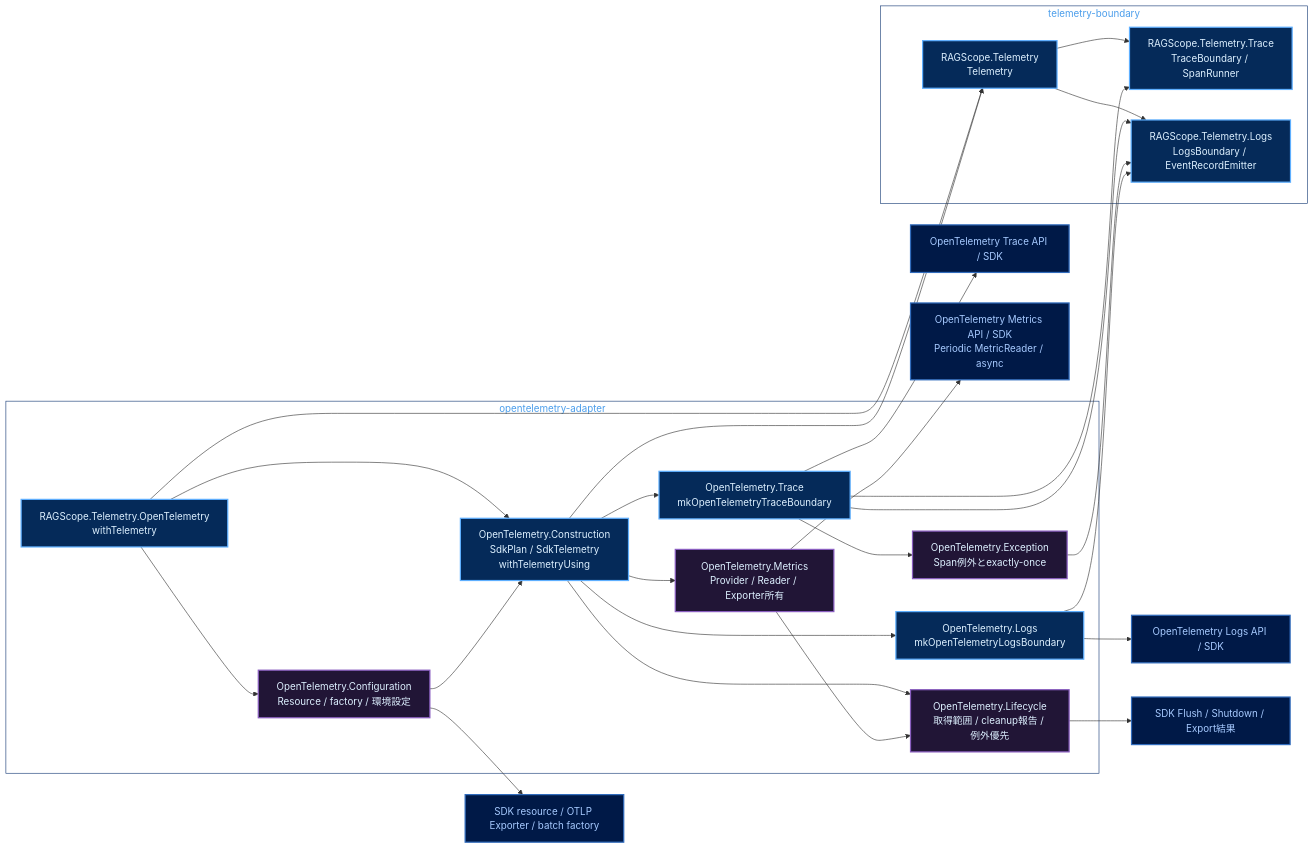
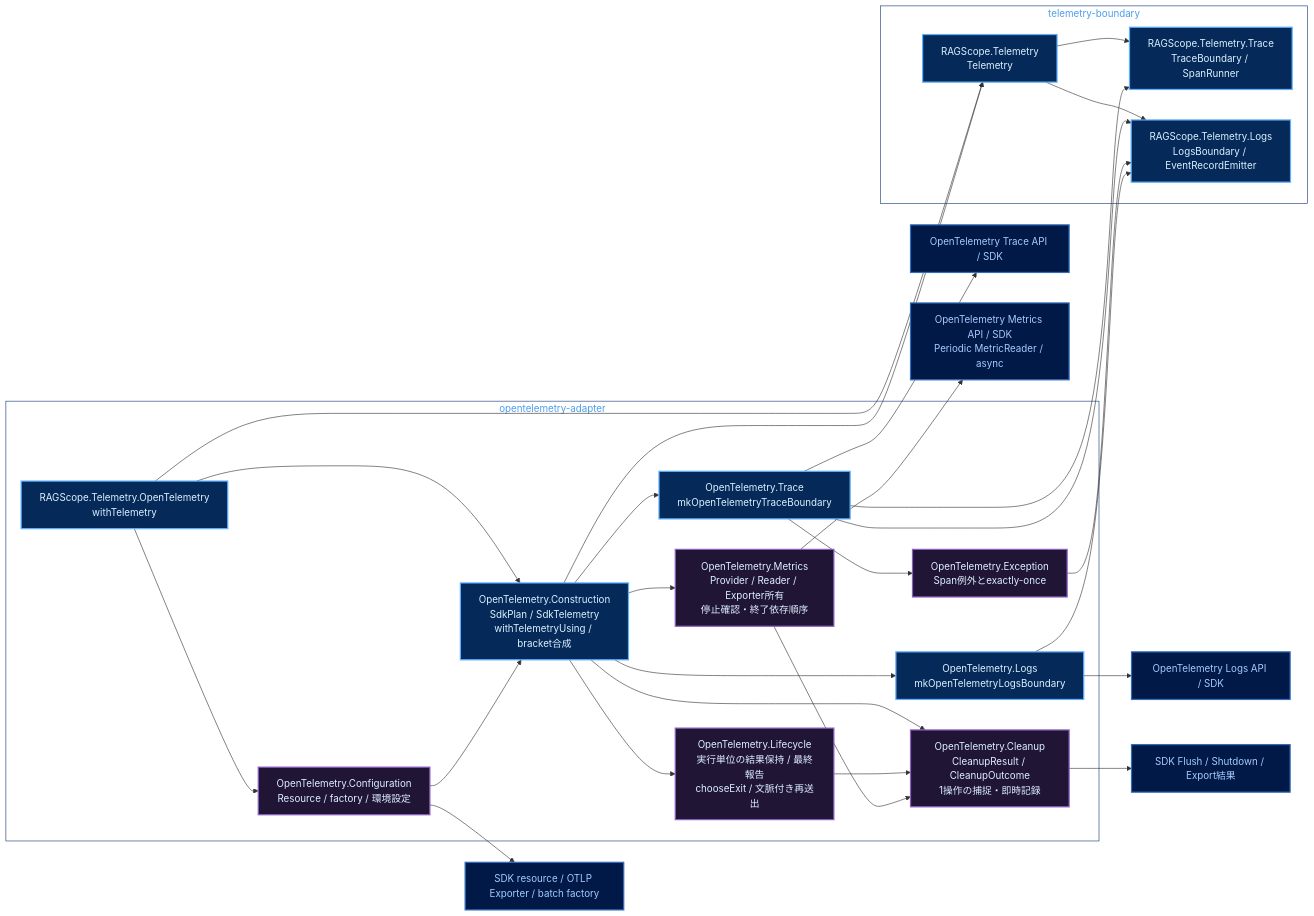
The second of 4 diagrams in Notes/RAGScope/RAGScopeアプリケーション/RAGScopeアプリケーション Haskellライブラリ・モジュールマップ.md (takashit16833/Workbench), drawn with Mermaid before and after one commit. The commit also changed other lines of this file, not shown here.

Commit message:
docs: align RS-0024 module map with lifecycle responsibility split

````diff
--- a/Notes/RAGScope/RAGScopeアプリケーション/RAGScopeアプリケーション Haskellライブラリ・モジュールマップ.md
+++ b/Notes/RAGScope/RAGScopeアプリケーション/RAGScopeアプリケーション Haskellライブラリ・モジュールマップ.md
@@ -50,53 +50,56 @@
 ```mermaid
 flowchart LR
   subgraph boundary["telemetry-boundary"]
     telemetry["RAGScope.Telemetry<br/>Telemetry"]
     traceBoundary["RAGScope.Telemetry.Trace<br/>TraceBoundary / SpanRunner"]
     logsBoundary["RAGScope.Telemetry.Logs<br/>LogsBoundary / EventRecordEmitter"]
   end
 
   subgraph adapter["opentelemetry-adapter"]
     otelRoot["RAGScope.Telemetry.OpenTelemetry<br/>withTelemetry"]
-    construction["OpenTelemetry.Construction<br/>SdkPlan / SdkTelemetry<br/>withTelemetryUsing"]
+    construction["OpenTelemetry.Construction<br/>SdkPlan / SdkTelemetry<br/>withTelemetryUsing / bracket合成"]
     configuration["OpenTelemetry.Configuration<br/>Resource / factory / 環境設定"]
-    lifecycle["OpenTelemetry.Lifecycle<br/>取得範囲 / cleanup報告 / 例外優先"]
-    metrics["OpenTelemetry.Metrics<br/>Provider / Reader / Exporter所有"]
+    lifecycle["OpenTelemetry.Lifecycle<br/>実行単位の結果保持 / 最終報告<br/>chooseExit / 文脈付き再送出"]
+    cleanup["OpenTelemetry.Cleanup<br/>CleanupResult / CleanupOutcome<br/>1操作の捕捉・即時記録"]
+    metrics["OpenTelemetry.Metrics<br/>Provider / Reader / Exporter所有<br/>停止確認・終了依存順序"]
     otelTrace["OpenTelemetry.Trace<br/>mkOpenTelemetryTraceBoundary"]
     otelLogs["OpenTelemetry.Logs<br/>mkOpenTelemetryLogsBoundary"]
     otelException["OpenTelemetry.Exception<br/>Span例外とexactly-once"]
   end
 
   telemetry --> traceBoundary
   telemetry --> logsBoundary
   otelRoot --> configuration
   otelRoot --> construction
   otelRoot --> telemetry
   configuration --> construction
   construction --> lifecycle
+  construction --> cleanup
   construction --> metrics
   construction --> otelTrace
   construction --> otelLogs
   construction --> telemetry
-  metrics --> lifecycle
+  lifecycle --> cleanup
+  metrics --> cleanup
   otelTrace --> traceBoundary
   otelTrace --> logsBoundary
   otelTrace --> otelException
   otelException --> logsBoundary
   otelLogs --> logsBoundary
 
   otelTrace --> sdkTrace["OpenTelemetry Trace API / SDK"]
   otelLogs --> sdkLogs["OpenTelemetry Logs API / SDK"]
   metrics --> sdkMetric["OpenTelemetry Metrics API / SDK<br/>Periodic MetricReader / async"]
   configuration --> sdkConfig["SDK resource / OTLP Exporter / batch factory"]
-  lifecycle --> sdkResult["SDK Flush / Shutdown / Export結果"]
+  cleanup --> sdkResult["SDK Flush / Shutdown / Export結果"]
 
   classDef public fill:#052A59,stroke:#5EAFFF,color:#DDF0FF,stroke-width:2px
   classDef private fill:#211536,stroke:#8A5EC0,color:#DDF0FF,stroke-width:2px
   classDef external fill:#001947,stroke:#316CBD,color:#A6CAFF,stroke-width:2px
 
   class telemetry,traceBoundary,logsBoundary,otelRoot,construction,otelTrace,otelLogs public
-  class configuration,lifecycle,metrics,otelException private
+  class configuration,lifecycle,cleanup,metrics,otelException private
   class sdkTrace,sdkLogs,sdkMetric,sdkConfig,sdkResult external
   style boundary fill:transparent,stroke:#153A75,color:#4C9EEB
   style adapter fill:transparent,stroke:#153A75,color:#4C9EEB
 ```
````
